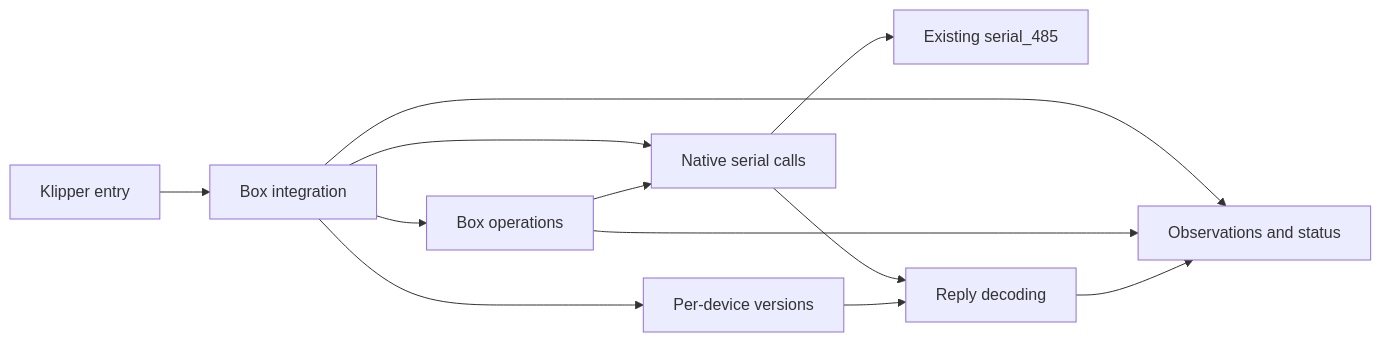
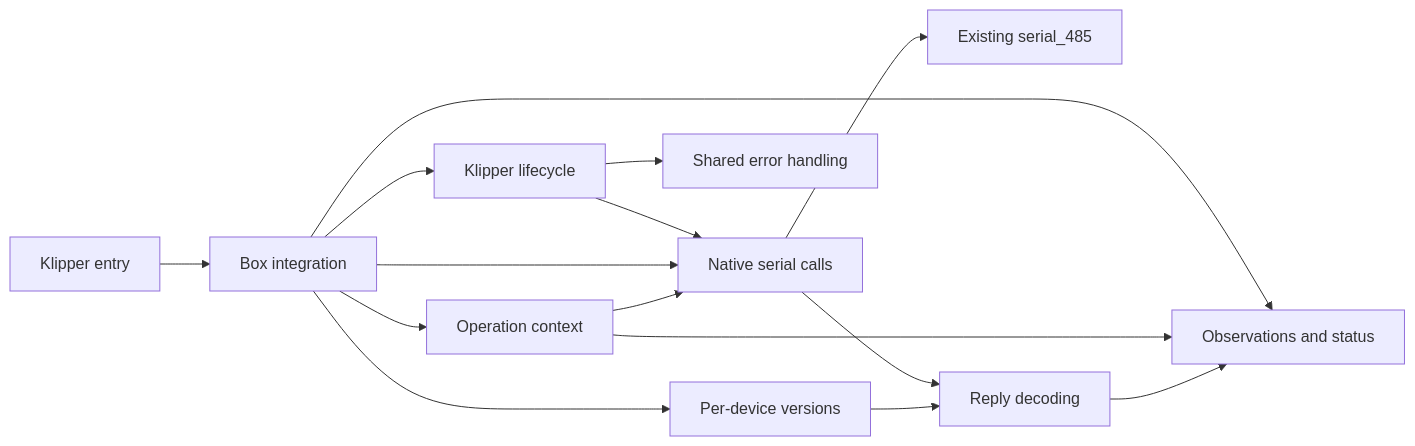
Before and after one commit to truestealth/cfs_klipper: the diagram in docs/architecture.md, drawn with Mermaid. The commit also changed other lines of this file and 40 other files, not shown here.

First line of the commit message:
feat: implement Klipper lifecycle and shared error handling

````diff
--- a/docs/architecture.md
+++ b/docs/architecture.md
@@ -40,14 +44,17 @@
 ```mermaid
 flowchart LR
     Entry[Klipper entry] --> Box[Box integration]
-    Box --> Operations[Box operations]
+    Box --> Operations[Operation context]
+    Box --> Lifecycle[Klipper lifecycle]
+    Lifecycle --> Native
+    Lifecycle --> Errors[Shared error handling]
     Box --> State[Observations and status]
     Box --> Native[Native serial calls]
     Box --> Versions[Per-device versions]
     Operations --> State
     Operations --> Native
     Native --> Stock[Existing serial_485]
     Native --> Decoder[Reply decoding]
     Versions --> Decoder
     Decoder --> State
 ```
````
